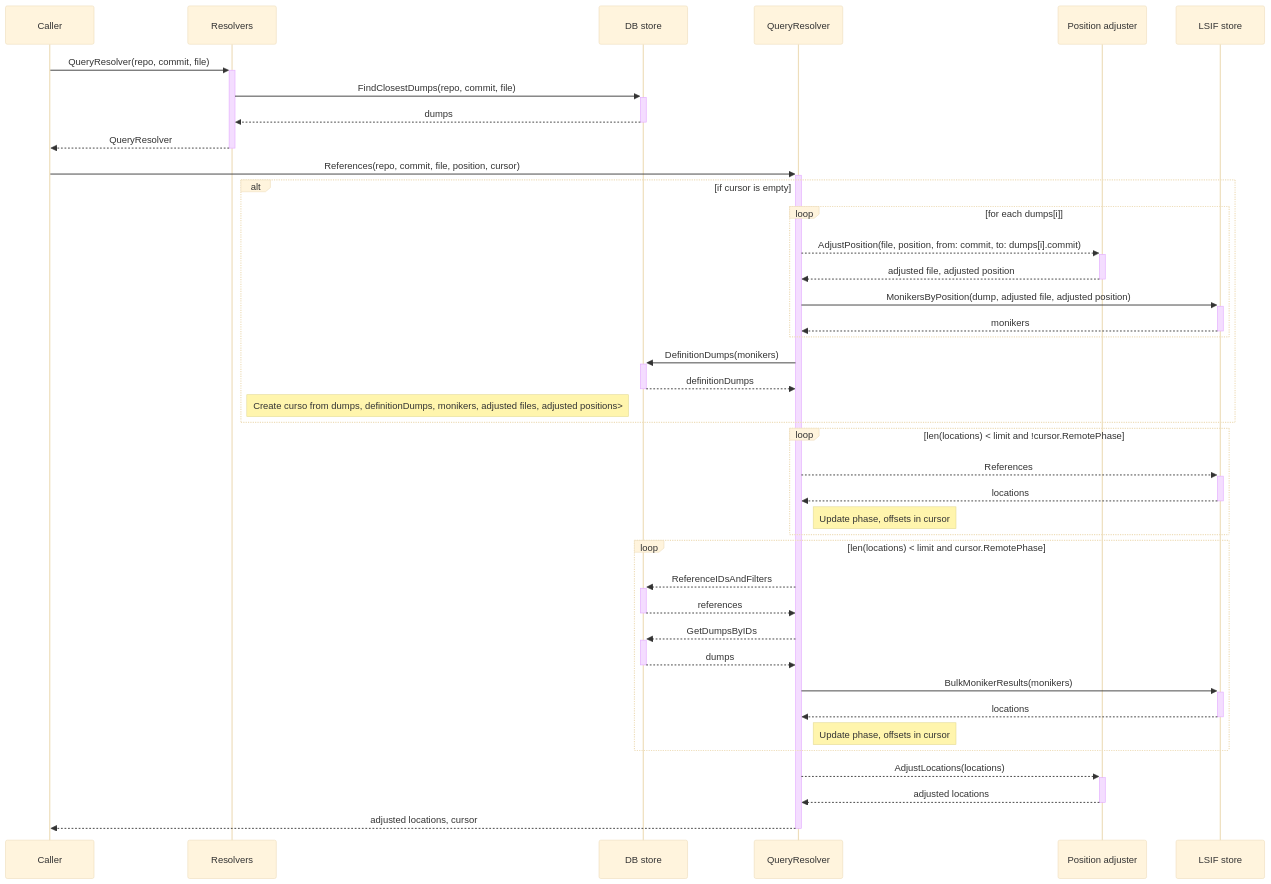
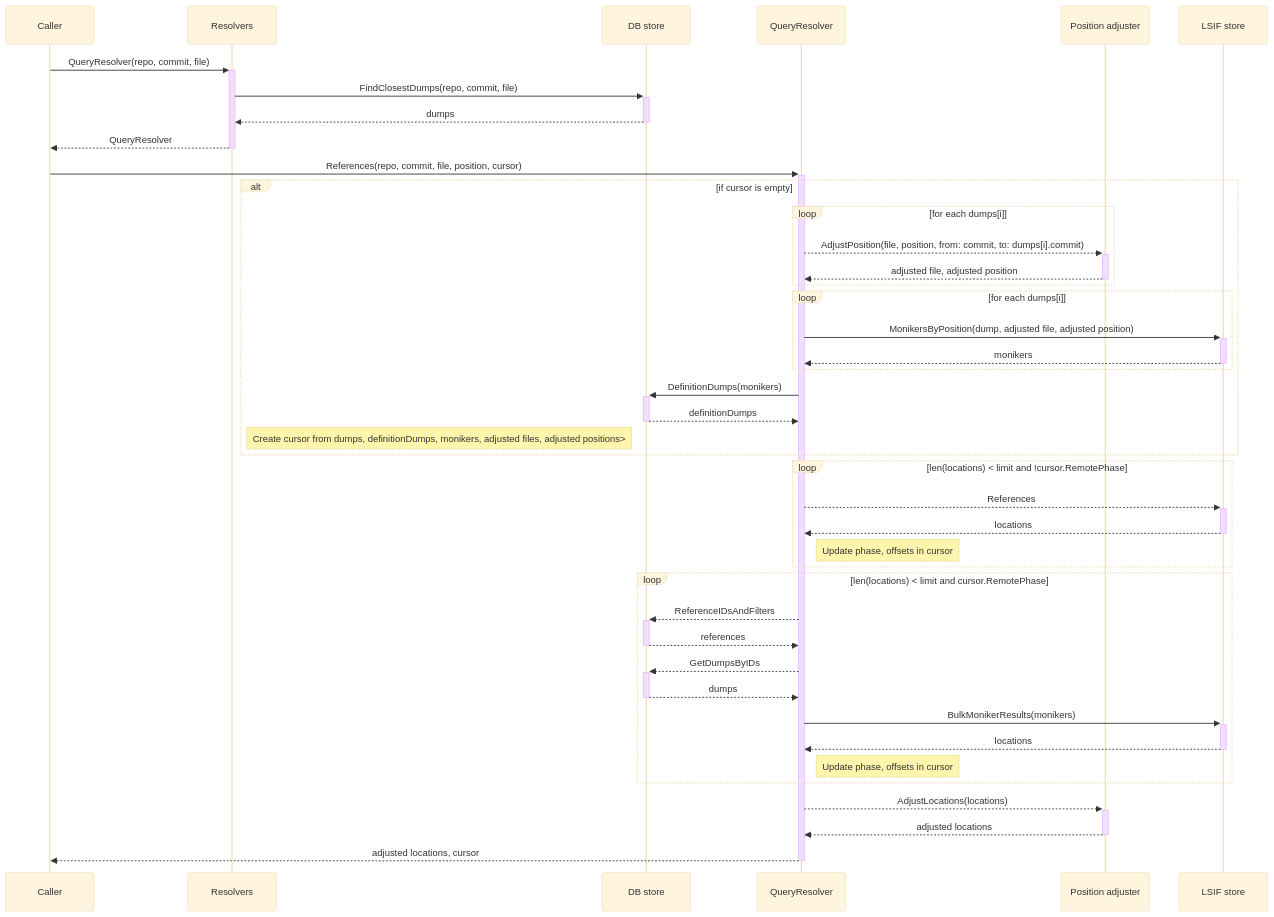
Before and after one commit to sourcegraph/sourcegraph-public-snapshot: the diagram in doc/dev/background-information/codeintel/diagrams/references.mermaid, drawn with Mermaid (base theme). The commit also changed 6 other files, not shown here.

Commit message:
Update diagrams.

```diff
--- a/doc/dev/background-information/codeintel/diagrams/references.mermaid
+++ b/doc/dev/background-information/codeintel/diagrams/references.mermaid
@@ -1,42 +1,45 @@
 sequenceDiagram
   Caller          ->>+ Resolvers: QueryResolver(repo, commit, file)
   Resolvers       ->>+ DB store: FindClosestDumps(repo, commit, file)
   DB store       -->>- Resolvers: dumps
   Resolvers      -->>- Caller: QueryResolver
   Caller          ->>+ QueryResolver: References(repo, commit, file, position, cursor)
 
   alt if cursor is empty
     loop for each dumps[i]
       QueryResolver     -->>+ Position adjuster: AdjustPosition(file, position, from: commit, to: dumps[i].commit)
       Position adjuster -->>- QueryResolver: adjusted file, adjusted position
+    end
+
+    loop for each dumps[i]
       QueryResolver      ->>+ LSIF store: MonikersByPosition(dump, adjusted file, adjusted position)
       LSIF store        -->>- QueryResolver: monikers
     end
 
     QueryResolver    ->>+ DB store: DefinitionDumps(monikers)
     DB store        -->>- QueryResolver: definitionDumps
 
-    Note right of Resolvers: Create curso from dumps, definitionDumps, monikers, adjusted files, adjusted positions>
+    Note right of Resolvers: Create cursor from dumps, definitionDumps, monikers, adjusted files, adjusted positions>
   end
 
   loop len(locations) < limit and !cursor.RemotePhase
     QueryResolver -->>+ LSIF store: References
     LSIF store    -->>- QueryResolver: locations
 
     Note right of QueryResolver: Update phase, offsets in cursor
   end
 
   loop len(locations) < limit and cursor.RemotePhase
     QueryResolver -->>+ DB store: ReferenceIDsAndFilters
     DB store      -->>- QueryResolver: references
     QueryResolver -->>+ DB store: GetDumpsByIDs
     DB store      -->>- QueryResolver: dumps
     QueryResolver  ->>+ LSIF store: BulkMonikerResults(monikers)
     LSIF store    -->>- QueryResolver: locations
 
     Note right of QueryResolver: Update phase, offsets in cursor
   end
 
   QueryResolver     -->>+ Position adjuster: AdjustLocations(locations)
   Position adjuster -->>- QueryResolver: adjusted locations
   QueryResolver     -->>- Caller: adjusted locations, cursor
```
